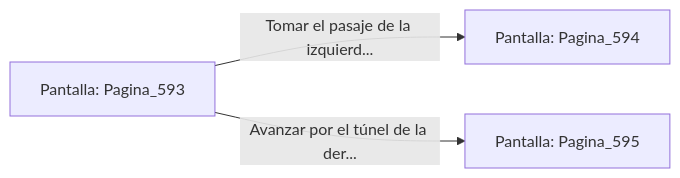
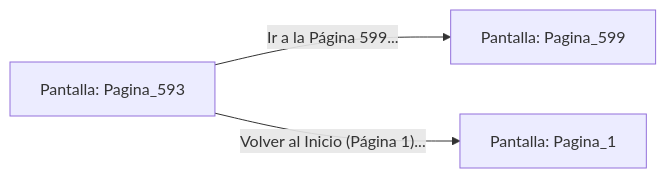
One commit to metsuke/mpl changed the diagram in sample/eligejuego-vault/Pantalla_Pagina_593.md. Above: the diagram before and after it, drawn with Mermaid. The commit also changed other lines of this file and 635 other files, not shown here.

First line of the commit message:
fix: añadir Pagina_1 como pantalla inicial en capitulo_01.mpl

````diff
--- a/sample/eligejuego-vault/Pantalla_Pagina_593.md
+++ b/sample/eligejuego-vault/Pantalla_Pagina_593.md
@@ -20,6 +24,6 @@
 ```mermaid
 graph LR
     P_Pagina_593["Pantalla: Pagina_593"]
-    P_Pagina_593 -->|"Tomar el pasaje de la izquierd..."| P_Pagina_594["Pantalla: Pagina_594"]
-    P_Pagina_593 -->|"Avanzar por el túnel de la der..."| P_Pagina_595["Pantalla: Pagina_595"]
+    P_Pagina_593 -->|"Ir a la Página 599..."| P_Pagina_599["Pantalla: Pagina_599"]
+    P_Pagina_593 -->|"Volver al Inicio (Página 1)..."| P_Pagina_1["Pantalla: Pagina_1"]
 ```
````
